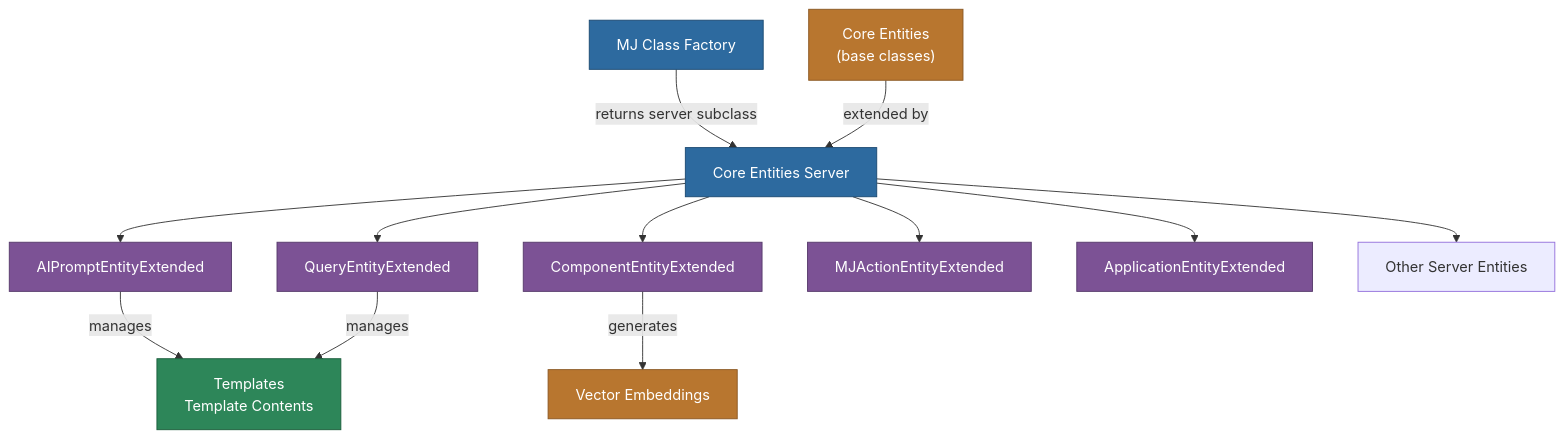
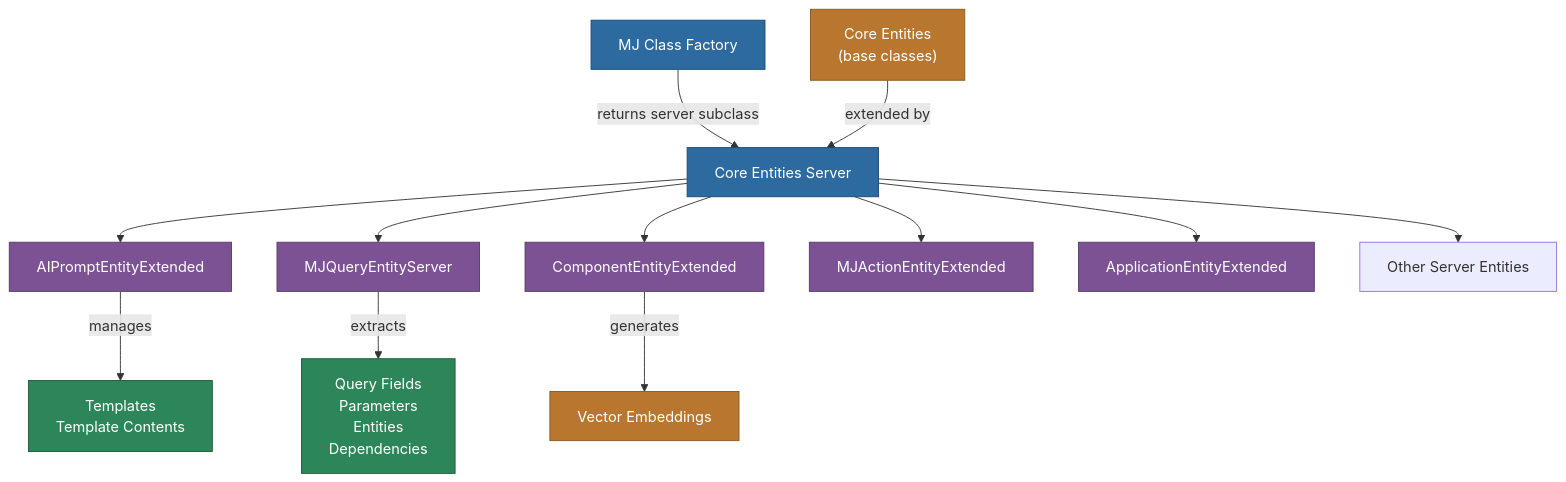
One commit to MemberJunction/MJ changed the diagram in packages/MJCoreEntitiesServer/README.md. Above: the diagram before and after it, drawn with Mermaid. The commit also changed other lines of this file and 8 other files, not shown here.

````diff
--- a/packages/MJCoreEntitiesServer/README.md
+++ b/packages/MJCoreEntitiesServer/README.md
@@ -9,27 +9,28 @@
 ```mermaid
 graph TD
     A["Core Entities Server"] --> B["AIPromptEntityExtended"]
-    A --> C["QueryEntityExtended"]
+    A --> C["MJQueryEntityServer"]
     A --> D["ComponentEntityExtended"]
     A --> E["MJActionEntityExtended"]
     A --> F["ApplicationEntityExtended"]
     A --> G["Other Server Entities"]
 
     B -->|manages| H["Templates<br/>Template Contents"]
-    C -->|manages| H
+    C -->|extracts| L["Query Fields<br/>Parameters<br/>Entities<br/>Dependencies"]
     D -->|generates| I["Vector Embeddings"]
 
     J["MJ Class Factory"] -->|returns server subclass| A
     K["Core Entities<br/>(base classes)"] -->|extended by| A
 
     style A fill:#2d6a9f,stroke:#1a4971,color:#fff
     style B fill:#7c5295,stroke:#563a6b,color:#fff
     style C fill:#7c5295,stroke:#563a6b,color:#fff
     style D fill:#7c5295,stroke:#563a6b,color:#fff
     style E fill:#7c5295,stroke:#563a6b,color:#fff
     style F fill:#7c5295,stroke:#563a6b,color:#fff
     style H fill:#2d8659,stroke:#1a5c3a,color:#fff
     style I fill:#b8762f,stroke:#8a5722,color:#fff
     style J fill:#2d6a9f,stroke:#1a4971,color:#fff
     style K fill:#b8762f,stroke:#8a5722,color:#fff
+    style L fill:#2d8659,stroke:#1a5c3a,color:#fff
 ```
````
